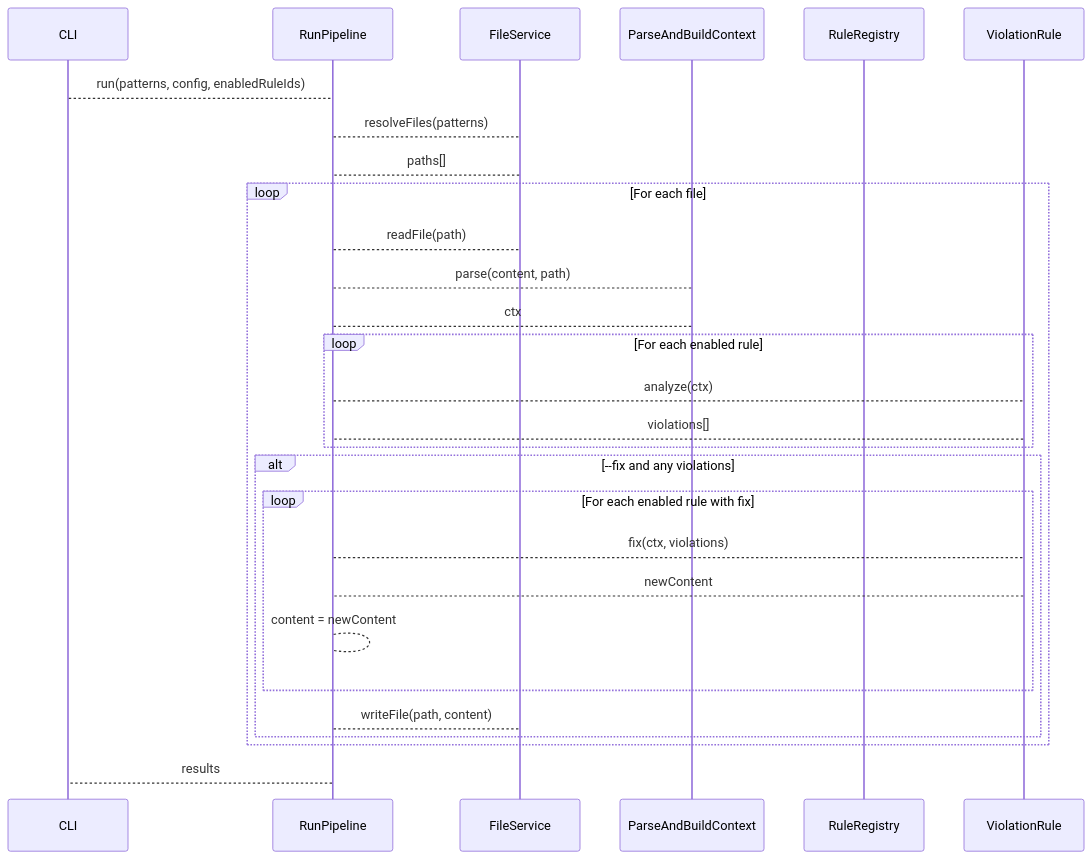
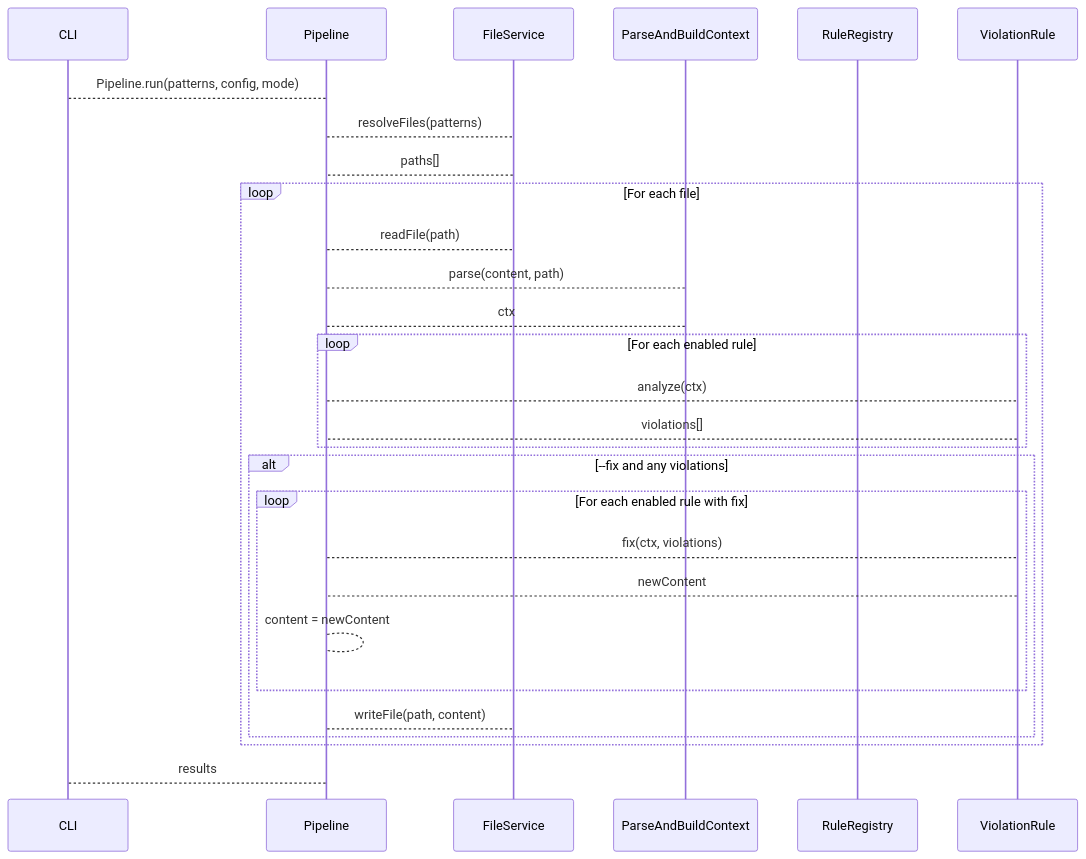
One commit to graffhyrum/stepdown-rule changed the third of 3 diagrams in docs/rule-pipeline-architecture.md. Above: the diagram before and after it, drawn with Mermaid. The commit also changed other lines of this file and 66 other files, not shown here.

Commit message:
refactor: extract Pipeline and rule detectors; feat(cli): --format and --dry-run

````diff
--- a/docs/rule-pipeline-architecture.md
+++ b/docs/rule-pipeline-architecture.md
@@ -113,35 +126,35 @@
 ```mermaid
 sequenceDiagram
   participant CLI
-  participant RunPipeline
+  participant Pipeline
   participant FileService
   participant ParseAndBuildContext
   participant RuleRegistry
   participant Rule as ViolationRule
 
-  CLI --> RunPipeline: run(patterns, config, enabledRuleIds)
-  RunPipeline --> FileService: resolveFiles(patterns)
-  FileService --> RunPipeline: paths[]
+  CLI --> Pipeline: Pipeline.run(patterns, config, mode)
+  Pipeline --> FileService: resolveFiles(patterns)
+  FileService --> Pipeline: paths[]
 
   loop For each file
-    RunPipeline --> FileService: readFile(path)
-    RunPipeline --> ParseAndBuildContext: parse(content, path)
-    ParseAndBuildContext --> RunPipeline: ctx
+    Pipeline --> FileService: readFile(path)
+    Pipeline --> ParseAndBuildContext: parse(content, path)
+    ParseAndBuildContext --> Pipeline: ctx
 
     loop For each enabled rule
-      RunPipeline --> Rule: analyze(ctx)
-      Rule --> RunPipeline: violations[]
+      Pipeline --> Rule: analyze(ctx)
+      Rule --> Pipeline: violations[]
     end
 
     alt --fix and any violations
       loop For each enabled rule with fix
-        RunPipeline --> Rule: fix(ctx, violations)
-        Rule --> RunPipeline: newContent
-        RunPipeline --> RunPipeline: content = newContent
+        Pipeline --> Rule: fix(ctx, violations)
+        Rule --> Pipeline: newContent
+        Pipeline --> Pipeline: content = newContent
       end
-      RunPipeline --> FileService: writeFile(path, content)
+      Pipeline --> FileService: writeFile(path, content)
     end
   end
 
-  RunPipeline --> CLI: results
+  Pipeline --> CLI: results
 ```
````
